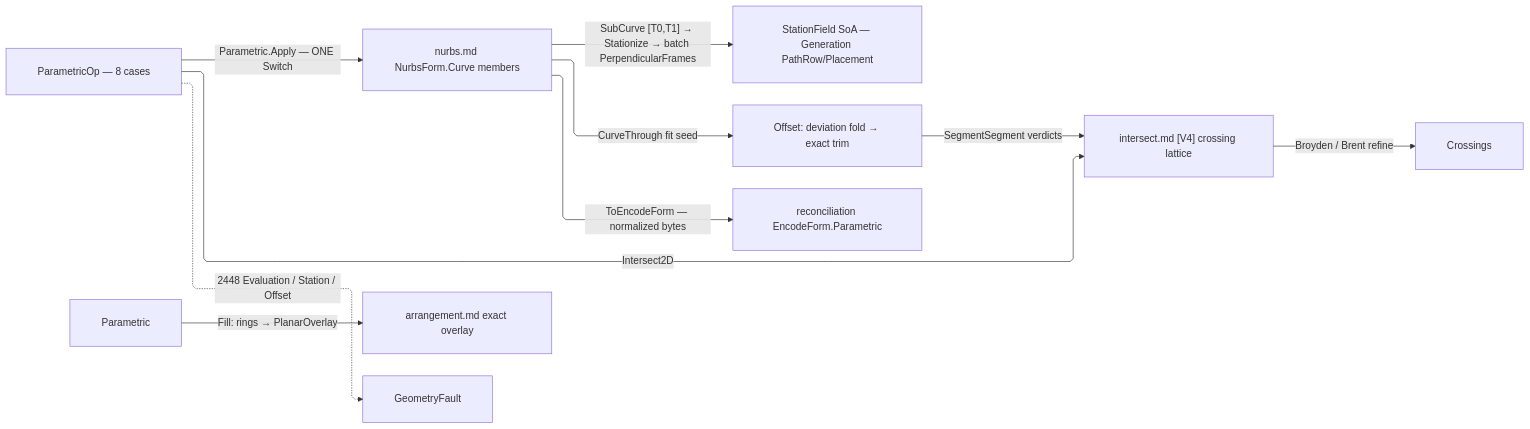
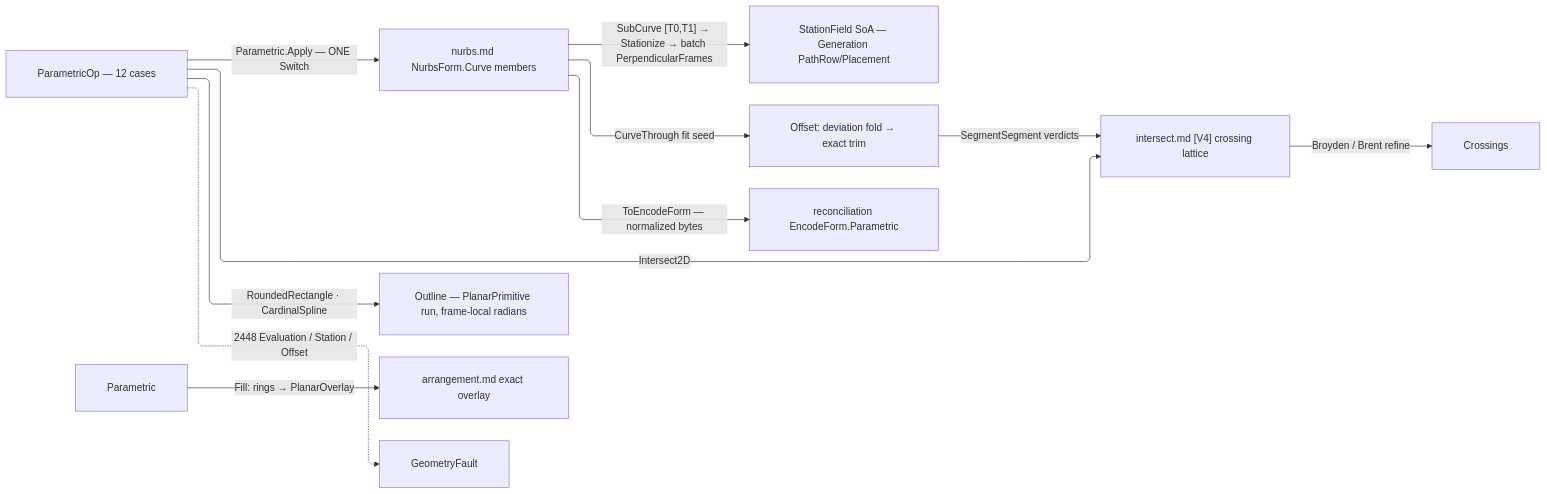
The diagram in libs/csharp/Rasm/.planning/Parametric/curve.md (bsamiee/Rasm), drawn with Mermaid before and after one commit. The commit also changed other lines of this file and 693 other files, not shown here.

````diff
--- a/libs/csharp/Rasm/.planning/Parametric/curve.md
+++ b/libs/csharp/Rasm/.planning/Parametric/curve.md
@@ -290,21 +340,22 @@
 ```mermaid
 ---
 config:
   layout: elk
   flowchart:
     curve: linear
     padding: 25
 ---
 flowchart LR
     accTitle: Parametric curve dispatch
     accDescr: Curve operations compose the vendored engine, exact crossing lattice, arrangement owner, and identity projection.
-    Op["ParametricOp — 8 cases"] -->|"Parametric.Apply — ONE Switch"| Engine["nurbs.md NurbsForm.Curve members"]
+    Op["ParametricOp — 12 cases"] -->|"Parametric.Apply — ONE Switch"| Engine["nurbs.md NurbsForm.Curve members"]
+    Op -->|"RoundedRectangle · CardinalSpline"| Outline["Outline — PlanarPrimitive run, frame-local radians"]
     Engine -->|"SubCurve [T0,T1] → Stationize → batch PerpendicularFrames"| Wire["StationField SoA — Generation PathRow/Placement"]
     Engine -->|"CurveThrough fit seed"| Offset["Offset: deviation fold → exact trim"]
     Offset -->|"SegmentSegment verdicts"| Lattice["intersect.md [V4] crossing lattice"]
     Op -->|"Intersect2D"| Lattice
     Lattice -->|"Broyden / Brent refine"| Crossings
     Parametric -->|"Fill: rings → PlanarOverlay"| Arrangement["arrangement.md exact overlay"]
     Engine -->|"ToEncodeForm — normalized bytes"| Identity["reconciliation EncodeForm.Parametric"]
     Op -.->|"2448 Evaluation / Station / Offset"| GeometryFault
 ```
````
